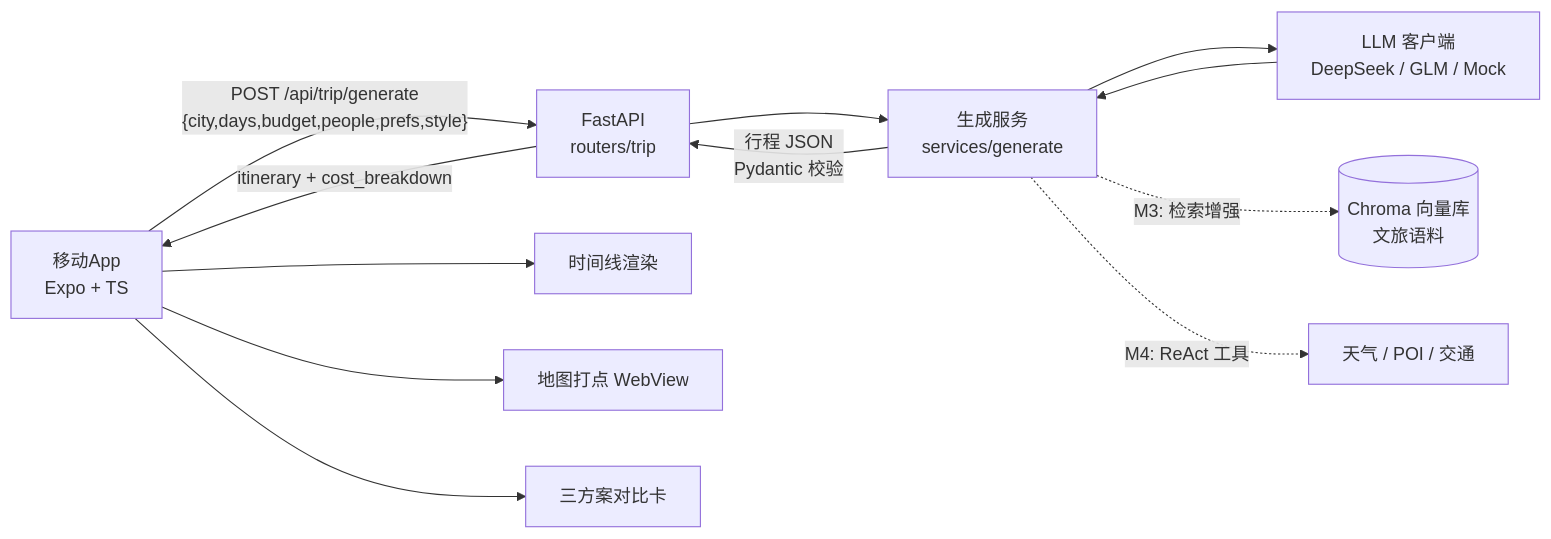
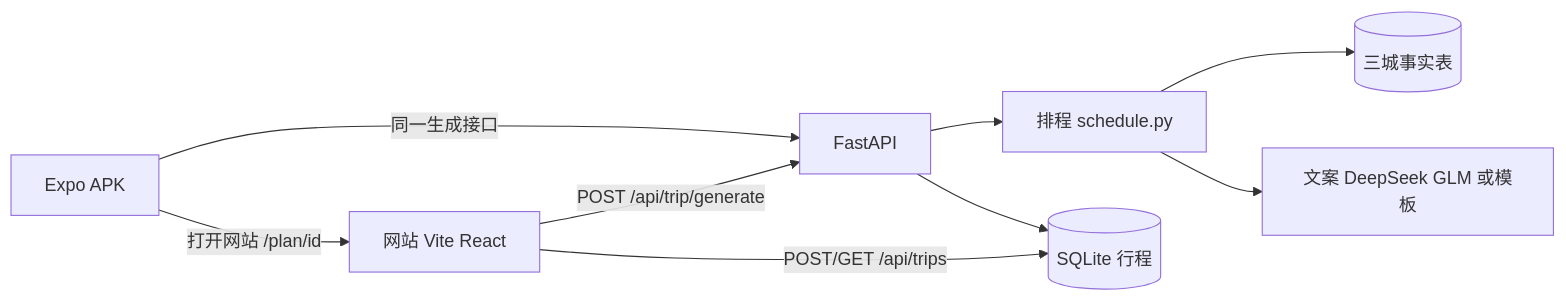
The second of 3 diagrams in docs/compose/spec/tuling-tripgenie.md (bigcj666/TripGenie), drawn with Mermaid before and after one commit. The commit also changed other lines of this file and 63 other files, not shown here.

````diff
--- a/docs/compose/spec/tuling-tripgenie.md
+++ b/docs/compose/spec/tuling-tripgenie.md
@@ -112,14 +203,11 @@
 ```mermaid
 flowchart LR
-  A[移动App<br/>Expo + TS] -->|"POST /api/trip/generate<br/>{city,days,budget,people,prefs,style}"| B[FastAPI<br/>routers/trip]
-  B --> C[生成服务<br/>services/generate]
-  C --> D[LLM 客户端<br/>DeepSeek / GLM / Mock]
-  C -.->|"M3: 检索增强"| E[(Chroma 向量库<br/>文旅语料)]
-  C -.->|"M4: ReAct 工具"| F[天气 / POI / 交通]
-  D --> C
-  C -->|"行程 JSON<br/>Pydantic 校验"| B
-  B -->|"itinerary + cost_breakdown"| A
-  A --> G[时间线渲染]
-  A --> H[地图打点 WebView]
-  A --> I[三方案对比卡]
+  web[网站 Vite React] -->|"POST /api/trip/generate"| api[FastAPI]
+  apk[Expo APK] -->|"同一生成接口"| api
+  api --> sched[排程 schedule.py]
+  sched --> cat[(三城事实表)]
+  sched --> llm[文案 DeepSeek GLM 或模板]
+  api --> db[(SQLite 行程)]
+  web -->|"POST/GET /api/trips"| db
+  apk -->|"打开网站 /plan/id"| web
 ```
````
